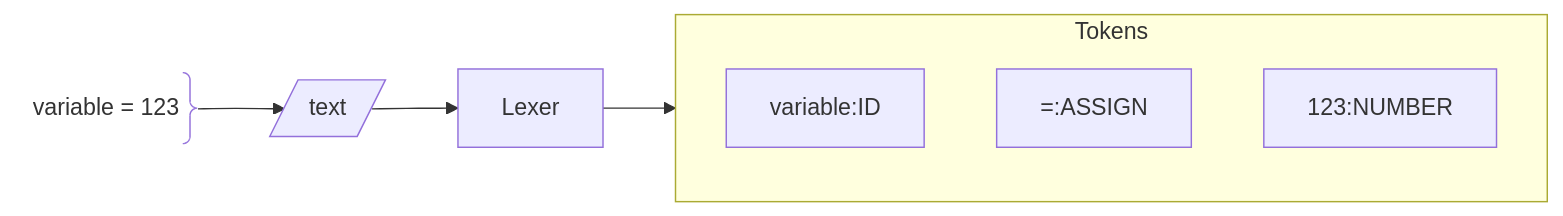
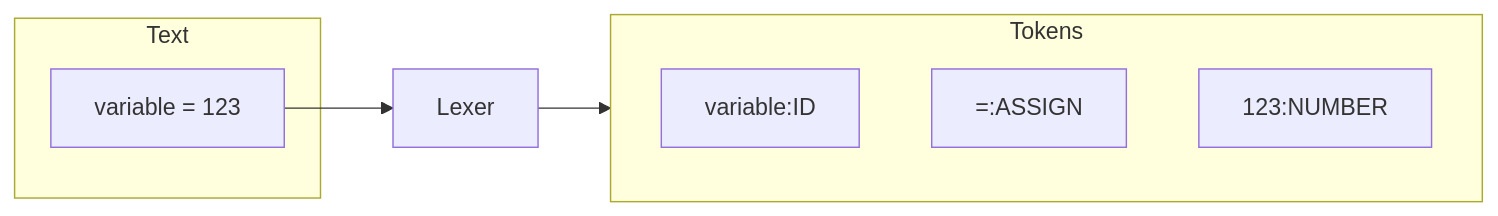
Before and after one commit to TypeFox/typir: the second of 5 diagrams in examples/expression/README.md, drawn with Mermaid. The commit also changed other lines of this file, not shown here.

````diff
--- a/examples/expression/README.md
+++ b/examples/expression/README.md
@@ -36,11 +36,13 @@
 ```mermaid
 flowchart LR
-    AA@{shape: brace-r, label: "variable = 123"} --> A
-    A[/text/] --> B[Lexer]
+    subgraph Text
+      A["variable = 123"]
+    end
+    A --> B[Lexer]
     B --> Tokens
     subgraph Tokens
       T1[variable:ID]
       T2[=:ASSIGN]
       T3[123:NUMBER]
     end
 ```
````
